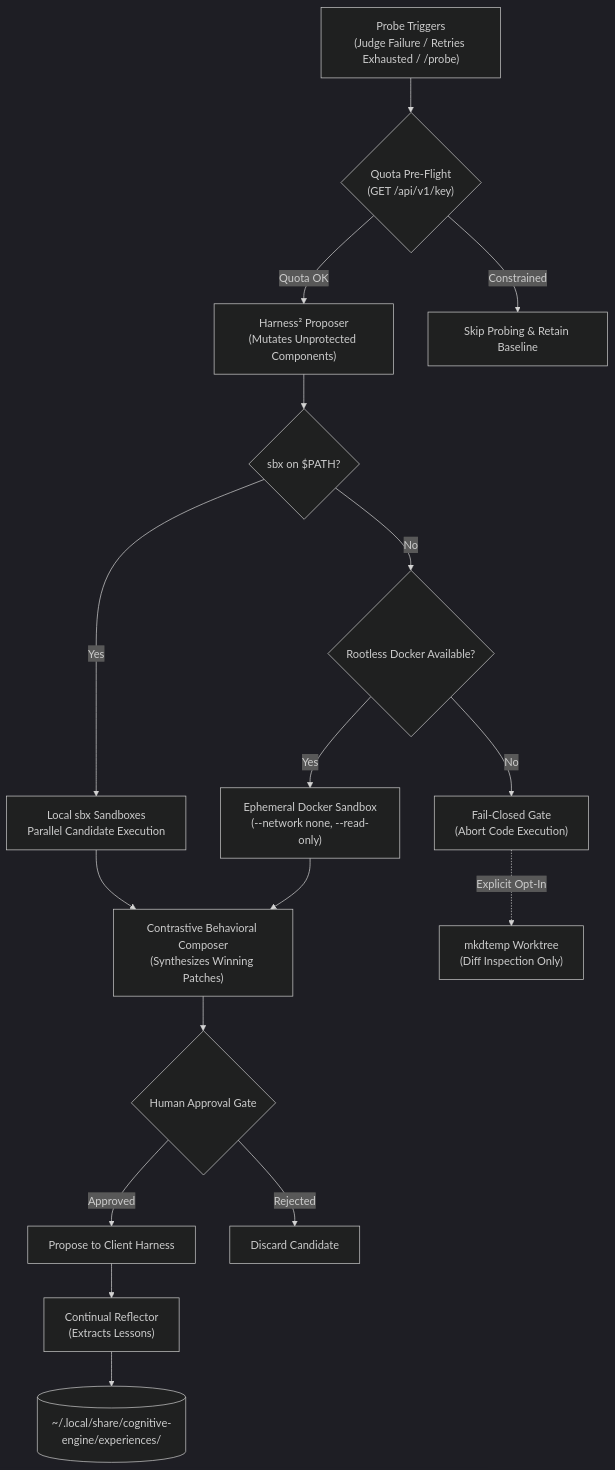
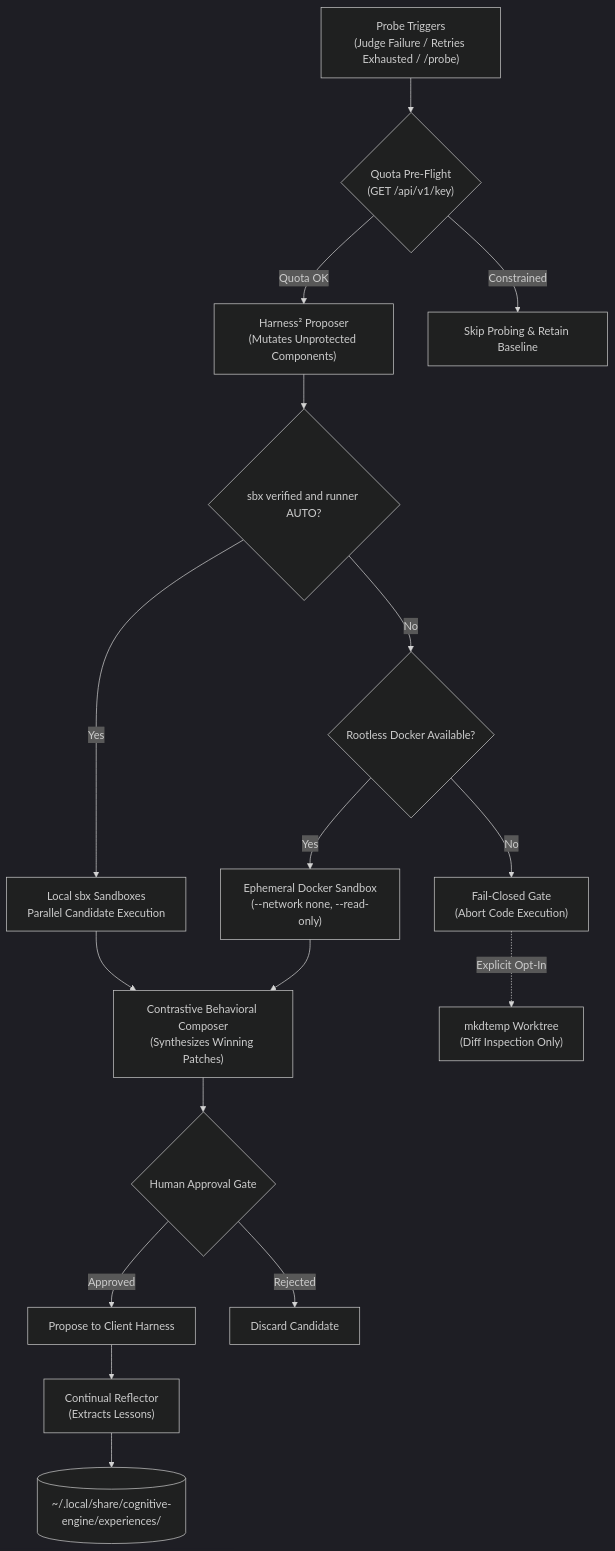
One commit to rockad/cognitive-engine changed the first of 2 diagrams in docs/rfc/004-system2-harness2.md. Above: the diagram before and after it, drawn with Mermaid (dark theme). The commit also changed other lines of this file and 1 other file, not shown here.

First line of the commit message:
docs(rfc-004): stage 1b results, route filter, approval gate, sbx matrix

````diff
--- a/docs/rfc/004-system2-harness2.md
+++ b/docs/rfc/004-system2-harness2.md
@@ -27,22 +27,22 @@
 ```mermaid
 flowchart TD
     Trigger["Probe Triggers<br/>(Judge Failure / Retries Exhausted / /probe)"] --> QuotaCheck{"Quota Pre-Flight<br/>(GET /api/v1/key)"}
     QuotaCheck -->|Quota OK| Proposer["Harness² Proposer<br/>(Mutates Unprotected Components)"]
     QuotaCheck -->|Constrained| AbortQuota["Skip Probing & Retain Baseline"]
 
-    Proposer --> SbxCheck{"sbx on $PATH?"}
+    Proposer --> SbxCheck{"sbx verified and runner AUTO?"}
     SbxCheck -->|Yes| SbxProber["Local sbx Sandboxes<br/>Parallel Candidate Execution"]
     SbxCheck -->|No| DockerCheck{"Rootless Docker Available?"}
     DockerCheck -->|Yes| DockerProber["Ephemeral Docker Sandbox<br/>(--network none, --read-only)"]
     DockerCheck -->|No| FailClosed["Fail-Closed Gate<br/>(Abort Code Execution)"]
     FailClosed -.->|Explicit Opt-In| MkdtempDiff["mkdtemp Worktree<br/>(Diff Inspection Only)"]
 
     SbxProber --> Composer["Contrastive Behavioral Composer<br/>(Synthesizes Winning Patches)"]
     DockerProber --> Composer
     Composer --> HumanGate{"Human Approval Gate"}
     HumanGate -->|Approved| ApplyPatch["Propose to Client Harness"]
     HumanGate -->|Rejected| DiscardPatch["Discard Candidate"]
 
     ApplyPatch --> Reflector["Continual Reflector<br/>(Extracts Lessons)"]
     Reflector --> OutOfTreeExp[("~/.local/share/cognitive-engine/experiences/")]
 ```
````
